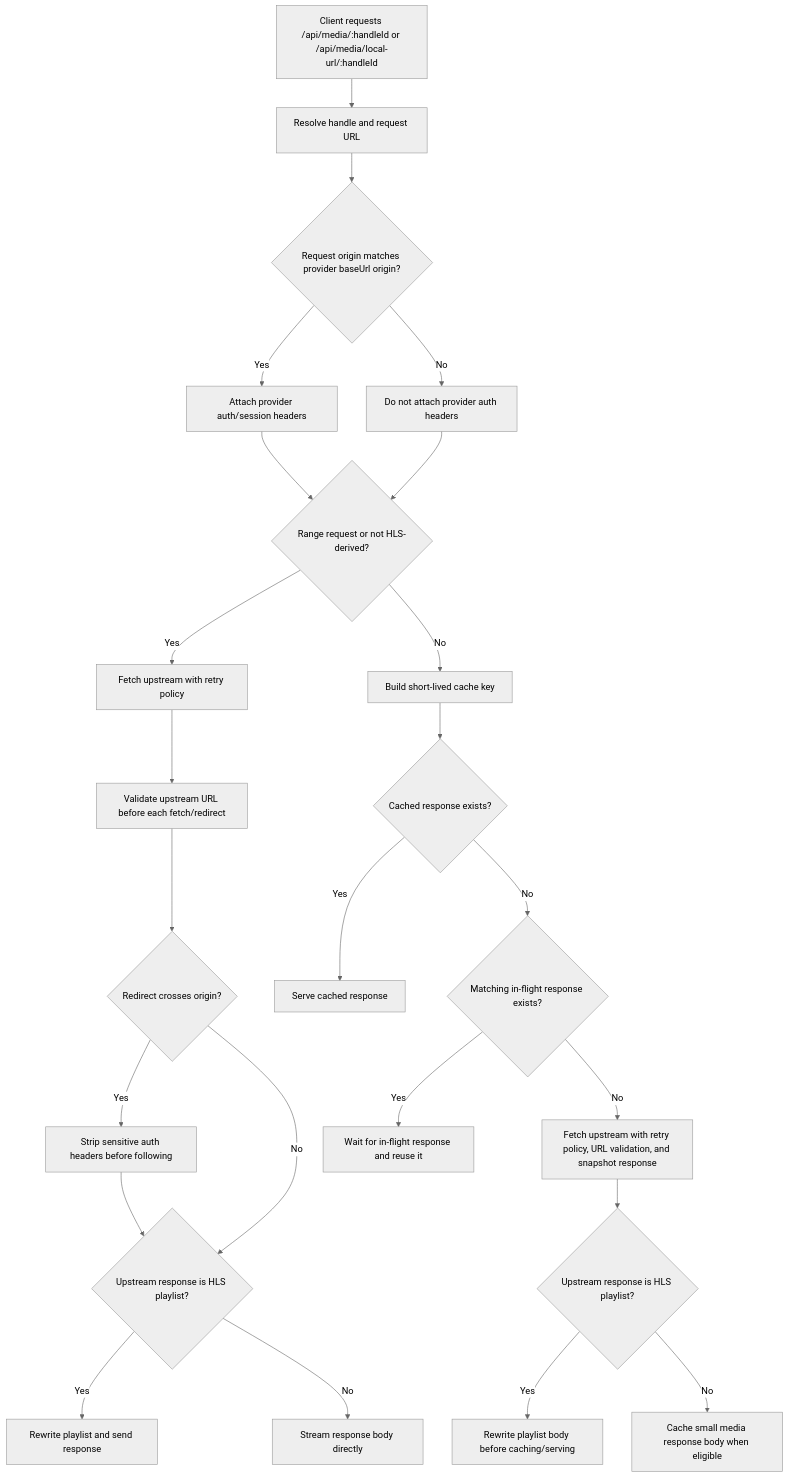
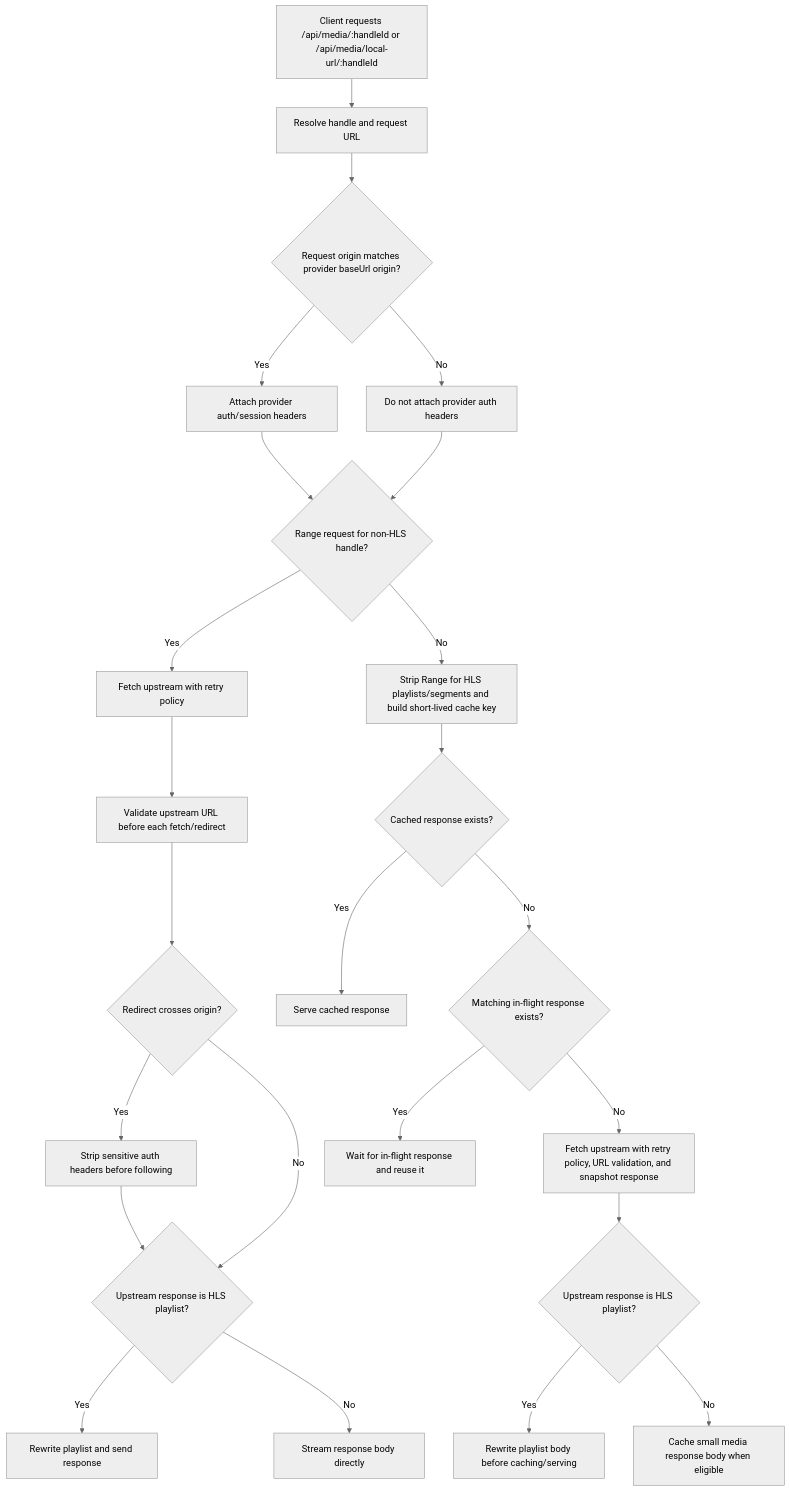
Diagram 11 of 13 in DIAGRAMS.md (TechSquidTV/Cliparr), drawn with Mermaid (neutral theme) before and after one commit. The commit also changed other lines of this file and 20 other files, not shown here.

Commit message:
feat(cliparr): add editable subtitle timeline

````diff
--- a/DIAGRAMS.md
+++ b/DIAGRAMS.md
@@ -282,28 +284,28 @@
 ```mermaid
 flowchart TD
     A["Client requests /api/media/:handleId or /api/media/local-url/:handleId"] --> B["Resolve handle and request URL"]
     B --> C{"Request origin matches provider baseUrl origin?"}
     C -- "Yes" --> D["Attach provider auth/session headers"]
     C -- "No" --> E["Do not attach provider auth headers"]
 
-    D --> F{"Range request or not HLS-derived?"}
+    D --> F{"Range request for non-HLS handle?"}
     E --> F
 
     F -- "Yes" --> G["Fetch upstream with retry policy"]
     G --> G0["Validate upstream URL before each fetch/redirect"]
     G0 --> G4{"Redirect crosses origin?"}
     G4 -- "Yes" --> G5["Strip sensitive auth headers before following"]
     G4 -- "No" --> G1{"Upstream response is HLS playlist?"}
     G5 --> G1
     G1 -- "Yes" --> G2["Rewrite playlist and send response"]
     G1 -- "No" --> G3["Stream response body directly"]
-    F -- "No" --> H["Build short-lived cache key"]
+    F -- "No" --> H["Strip Range for HLS playlists/segments and build short-lived cache key"]
     H --> I{"Cached response exists?"}
     I -- "Yes" --> J["Serve cached response"]
     I -- "No" --> K{"Matching in-flight response exists?"}
     K -- "Yes" --> L["Wait for in-flight response and reuse it"]
     K -- "No" --> M["Fetch upstream with retry policy, URL validation, and snapshot response"]
     M --> N{"Upstream response is HLS playlist?"}
     N -- "Yes" --> O["Rewrite playlist body before caching/serving"]
     N -- "No" --> P["Cache small media response body when eligible"]
 ```
````
